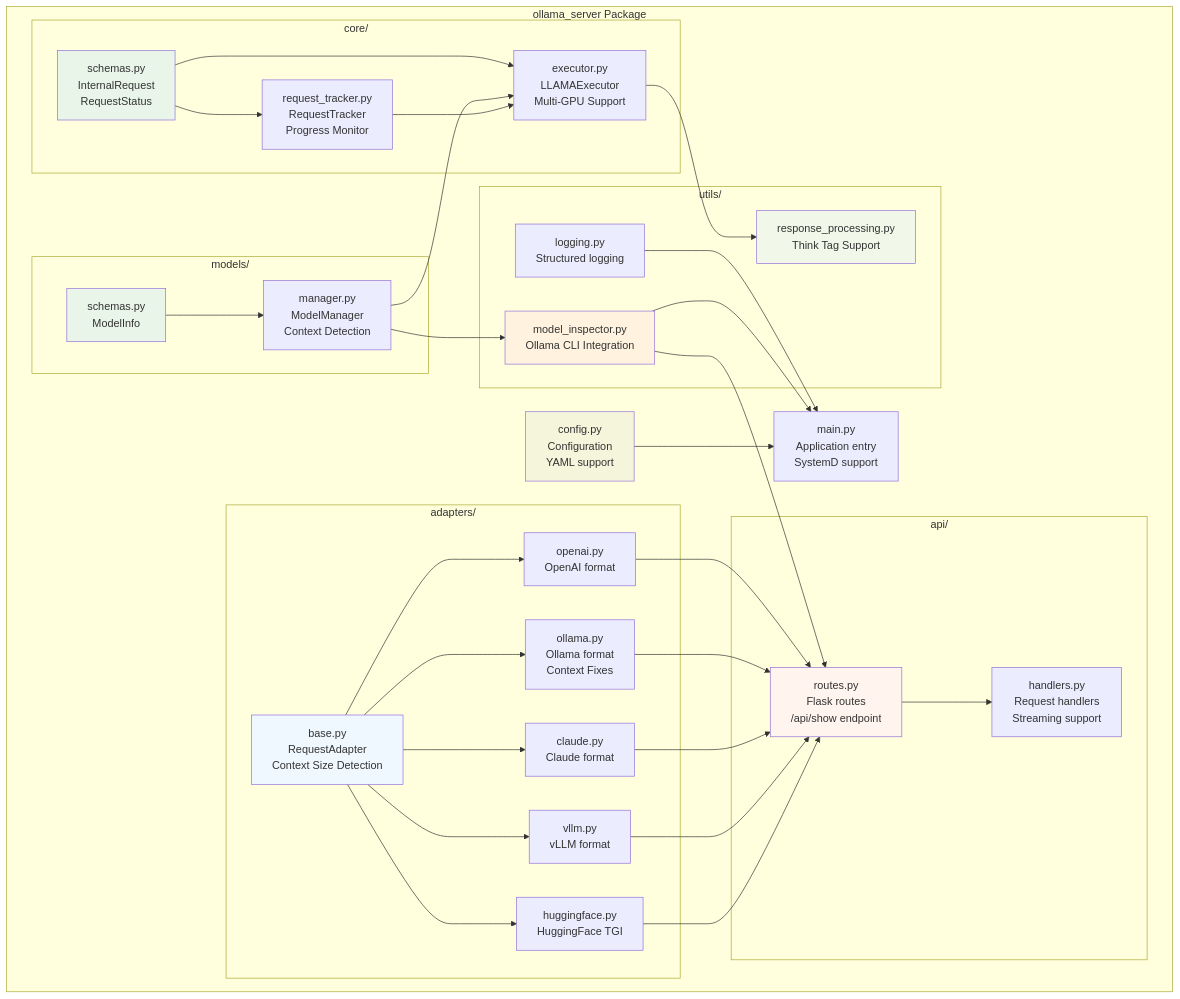
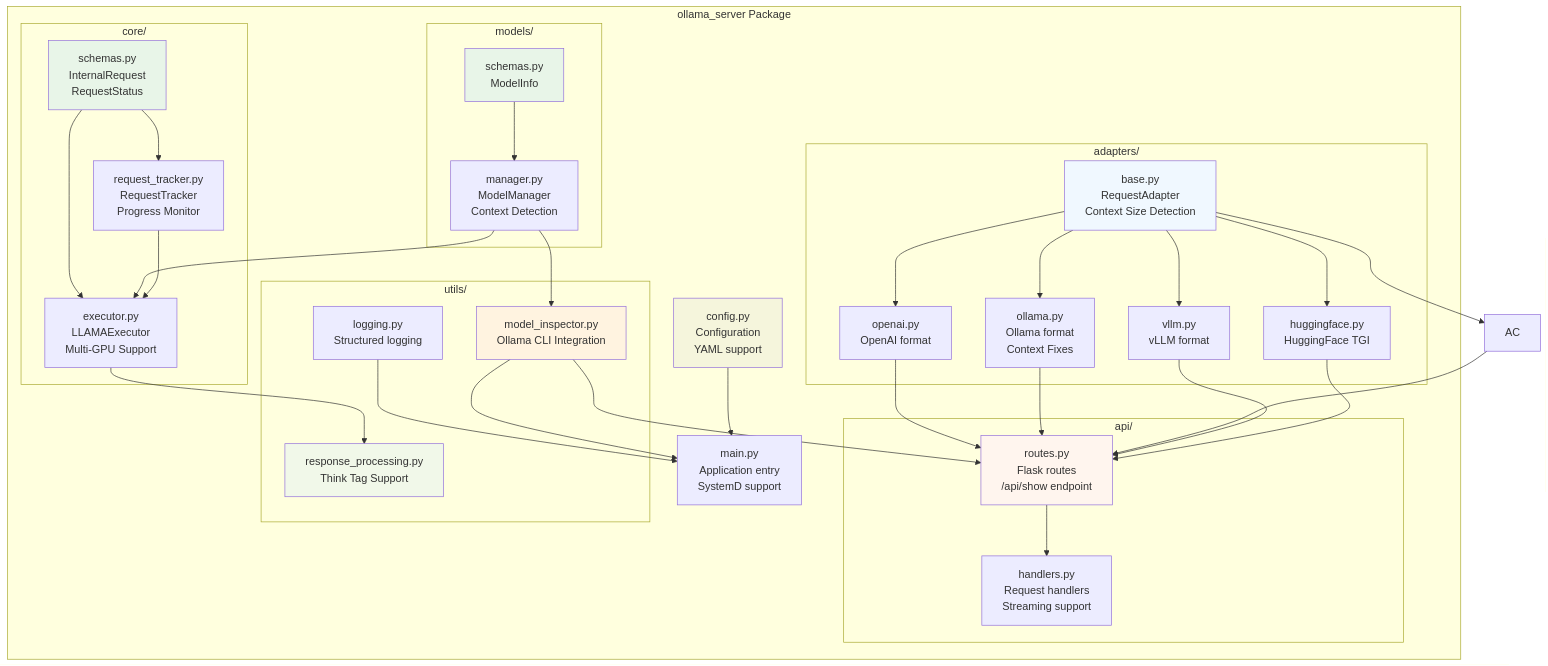
Before and after one commit to vjsingh1984/LLM-Inference-Service: the diagram in images/package_structure.mmd, drawn with Mermaid. The commit also changed 10 other files, not shown here.

```diff
--- a/images/package_structure.mmd
+++ b/images/package_structure.mmd
@@ -1,67 +1,66 @@
 graph TD
     subgraph "ollama_server Package"
         subgraph "core/"
             CS[schemas.py<br/>InternalRequest<br/>RequestStatus]
             CR[request_tracker.py<br/>RequestTracker<br/>Progress Monitor]
             CE[executor.py<br/>LLAMAExecutor<br/>Multi-GPU Support]
         end
         
         subgraph "models/"
             MS[schemas.py<br/>ModelInfo]
             MM[manager.py<br/>ModelManager<br/>Context Detection]
         end
         
         subgraph "adapters/"
             AB[base.py<br/>RequestAdapter<br/>Context Size Detection]
             AO[openai.py<br/>OpenAI format]
             AOL[ollama.py<br/>Ollama format<br/>Context Fixes]
-            AC[claude.py<br/>Claude format]
-            AV[vllm.py<br/>vLLM format]
+                AV[vllm.py<br/>vLLM format]
             AH[huggingface.py<br/>HuggingFace TGI]
         end
         
         subgraph "api/"
             AR[routes.py<br/>Flask routes<br/>/api/show endpoint]
             AHA[handlers.py<br/>Request handlers<br/>Streaming support]
         end
         
         subgraph "utils/"
             UL[logging.py<br/>Structured logging]
             UM[model_inspector.py<br/>Ollama CLI Integration]
             UR[response_processing.py<br/>Think Tag Support]
         end
         
         MC[config.py<br/>Configuration<br/>YAML support]
         MM2[main.py<br/>Application entry<br/>SystemD support]
     end
     
     CS --> CR
     CS --> CE
     MS --> MM
     MM --> UM
     AB --> AO
     AB --> AOL
     AB --> AC
     AB --> AV
     AB --> AH
     MM --> CE
     CR --> CE
     CE --> UR
     AO --> AR
     AOL --> AR
     AC --> AR
     AV --> AR
     AH --> AR
     AR --> AHA
     UM --> AR
     MC --> MM2
     UL --> MM2
     UM --> MM2
     
     style CS fill:#e8f5e8
     style MS fill:#e8f5e8
     style AB fill:#f0f8ff
     style AR fill:#fff5ee
     style MC fill:#f5f5dc
     style UM fill:#fff3e0
     style UR fill:#f1f8e9
```
